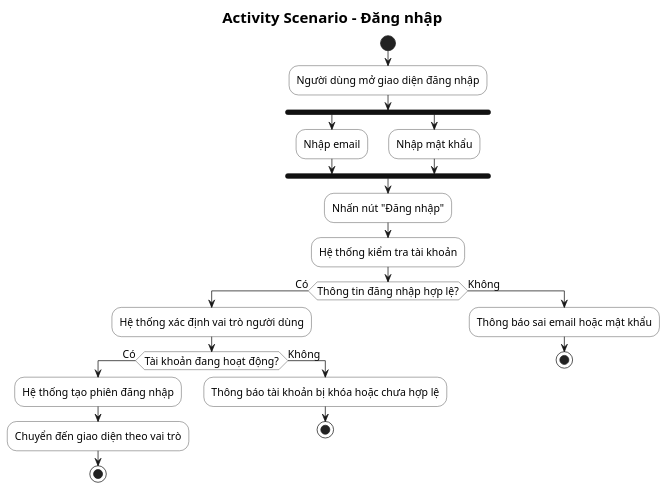
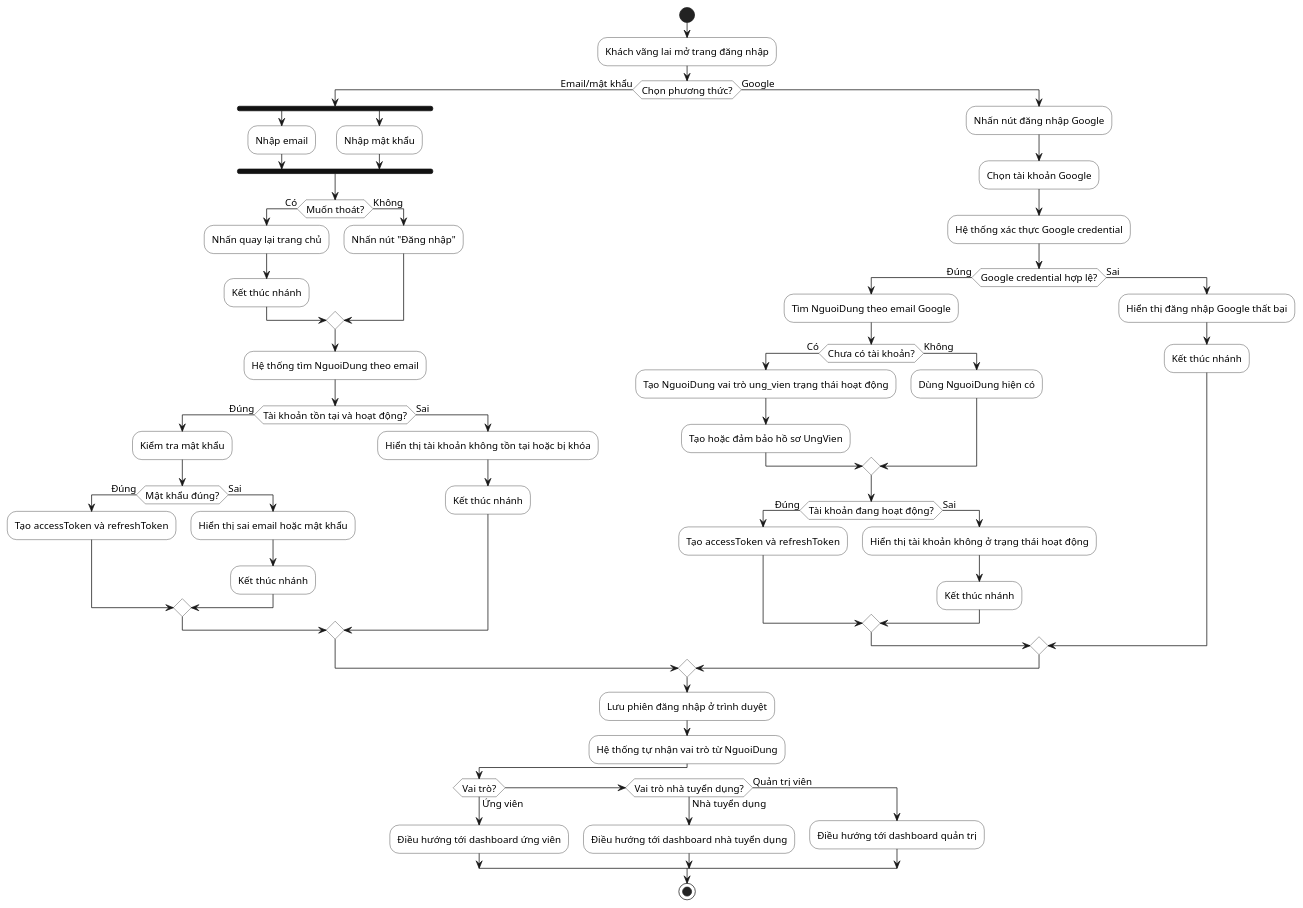
Before and after one commit to hole-six/DoAn: the diagram in docs/so-do/02-activity/02-activity-dang-nhap.puml, drawn with PlantUML. The commit also changed 84 other files, not shown here.

```diff
--- a/docs/so-do/02-activity/02-activity-dang-nhap.puml
+++ b/docs/so-do/02-activity/02-activity-dang-nhap.puml
@@ -1,40 +1,73 @@
 @startuml
 skinparam defaultFontName "Segoe UI"
-skinparam titleFontName "Segoe UI"
-skinparam defaultFontSize 14
-skinparam titleFontSize 20
+skinparam defaultFontSize 13
 skinparam shadowing false
 skinparam linetype ortho
 skinparam activity {
   BackgroundColor White
   BorderColor #222222
   DiamondBackgroundColor White
   DiamondBorderColor #222222
   BarColor #111111
 }
-title Activity Scenario - Đăng nhập
-
 start
-:Người dùng mở giao diện đăng nhập;
-fork
-  :Nhập email;
-fork again
-  :Nhập mật khẩu;
-end fork
-:Nhấn nút "Đăng nhập";
-:Hệ thống kiểm tra tài khoản;
-if (Thông tin đăng nhập hợp lệ?) then (Có)
-  :Hệ thống xác định vai trò người dùng;
-  if (Tài khoản đang hoạt động?) then (Có)
-    :Hệ thống tạo phiên đăng nhập;
-    :Chuyển đến giao diện theo vai trò;
-    stop
+:Khách vãng lai mở trang đăng nhập;
+if (Chọn phương thức?) then (Email/mật khẩu)
+  fork
+    :Nhập email;
+  fork again
+    :Nhập mật khẩu;
+  end fork
+  if (Muốn thoát?) then (Có)
+    :Nhấn quay lại trang chủ;
+    :Kết thúc nhánh;
   else (Không)
-    :Thông báo tài khoản bị khóa hoặc chưa hợp lệ;
-    stop
+    :Nhấn nút "Đăng nhập";
   endif
-else (Không)
-  :Thông báo sai email hoặc mật khẩu;
-  stop
+  :Hệ thống tìm NguoiDung theo email;
+  if (Tài khoản tồn tại và hoạt động?) then (Đúng)
+    :Kiểm tra mật khẩu;
+    if (Mật khẩu đúng?) then (Đúng)
+      :Tạo accessToken và refreshToken;
+    else (Sai)
+      :Hiển thị sai email hoặc mật khẩu;
+      :Kết thúc nhánh;
+    endif
+  else (Sai)
+    :Hiển thị tài khoản không tồn tại hoặc bị khóa;
+    :Kết thúc nhánh;
+  endif
+else (Google)
+  :Nhấn nút đăng nhập Google;
+  :Chọn tài khoản Google;
+  :Hệ thống xác thực Google credential;
+  if (Google credential hợp lệ?) then (Đúng)
+    :Tìm NguoiDung theo email Google;
+    if (Chưa có tài khoản?) then (Có)
+      :Tạo NguoiDung vai trò ung_vien trạng thái hoạt động;
+      :Tạo hoặc đảm bảo hồ sơ UngVien;
+    else (Không)
+      :Dùng NguoiDung hiện có;
+    endif
+    if (Tài khoản đang hoạt động?) then (Đúng)
+      :Tạo accessToken và refreshToken;
+    else (Sai)
+      :Hiển thị tài khoản không ở trạng thái hoạt động;
+      :Kết thúc nhánh;
+    endif
+  else (Sai)
+    :Hiển thị đăng nhập Google thất bại;
+    :Kết thúc nhánh;
+  endif
 endif
+:Lưu phiên đăng nhập ở trình duyệt;
+:Hệ thống tự nhận vai trò từ NguoiDung;
+if (Vai trò?) then (Ứng viên)
+  :Điều hướng tới dashboard ứng viên;
+elseif (Vai trò nhà tuyển dụng?) then (Nhà tuyển dụng)
+  :Điều hướng tới dashboard nhà tuyển dụng;
+else (Quản trị viên)
+  :Điều hướng tới dashboard quản trị;
+endif
+stop
 @enduml
```
